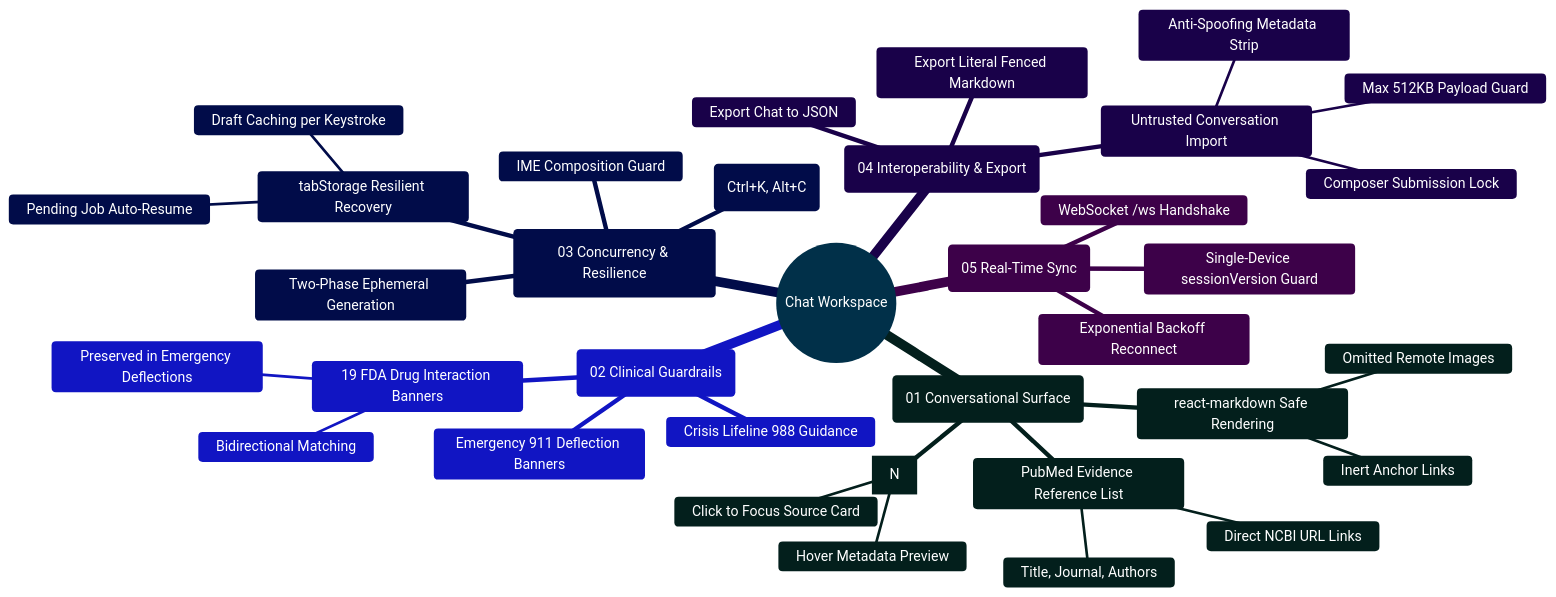
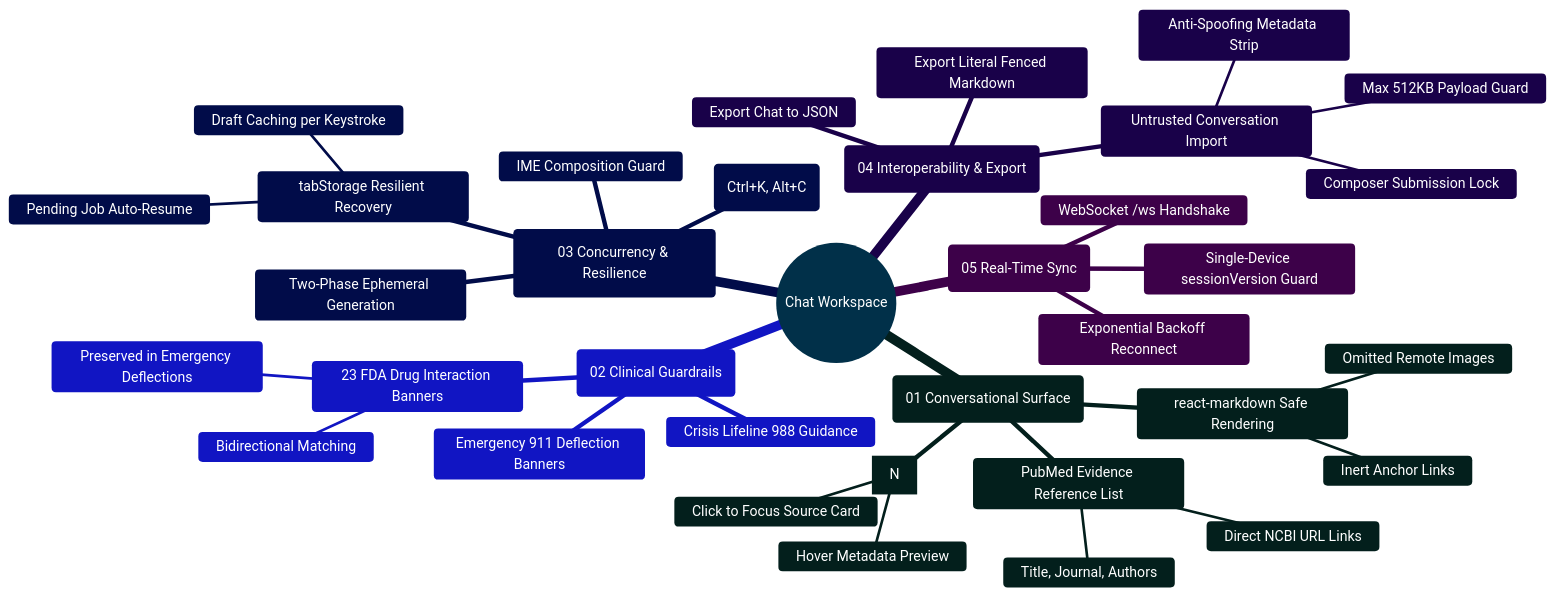
One commit to Ganesh172919/React-App-LLM changed the diagram in frontend/src/components/chat/README.md. Above: the diagram before and after it, drawn with Mermaid. The commit also changed other lines of this file and 39 other files, not shown here.

````diff
--- a/frontend/src/components/chat/README.md
+++ b/frontend/src/components/chat/README.md
@@ -64,40 +64,40 @@
 ```mermaid
 %%{init: {'theme': 'base', 'themeVariables': { 'primaryColor': '#0284c7', 'primaryTextColor': '#ffffff', 'primaryBorderColor': '#0369a1', 'lineColor': '#0284c7', 'secondaryColor': '#0d9488', 'tertiaryColor': '#6366f1' }}}%%
 mindmap
   root((Chat Workspace))
     ::icon(fa fa-comments)
     (01 Conversational Surface)
       react-markdown Safe Rendering
         Inert Anchor Links
         Omitted Remote Images
       Inline Citation Badges [N]
         Click to Focus Source Card
         Hover Metadata Preview
       PubMed Evidence Reference List
         Title, Journal, Authors
         Direct NCBI URL Links
     (02 Clinical Guardrails)
-      19 FDA Drug Interaction Banners
+      23 FDA Drug Interaction Banners
         Bidirectional Matching
         Preserved in Emergency Deflections
       Emergency 911 Deflection Banners
       Crisis Lifeline 988 Guidance
     (03 Concurrency & Resilience)
       Two-Phase Ephemeral Generation
       tabStorage Resilient Recovery
         Draft Caching per Keystroke
         Pending Job Auto-Resume
       IME Composition Guard
       Global Hotkeys (Ctrl+K, Alt+C)
     (04 Interoperability & Export)
       Export Chat to JSON
       Export Literal Fenced Markdown
       Untrusted Conversation Import
         Max 512KB Payload Guard
         Anti-Spoofing Metadata Strip
         Composer Submission Lock
     (05 Real-Time Sync)
       WebSocket /ws Handshake
       Exponential Backoff Reconnect
       Single-Device sessionVersion Guard
 ```
````
